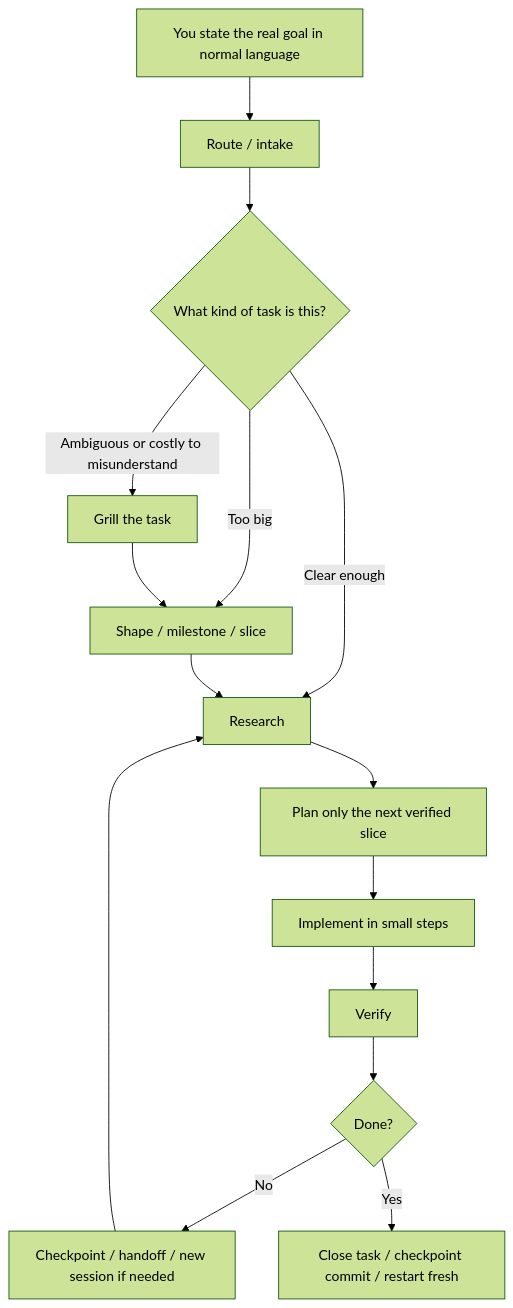
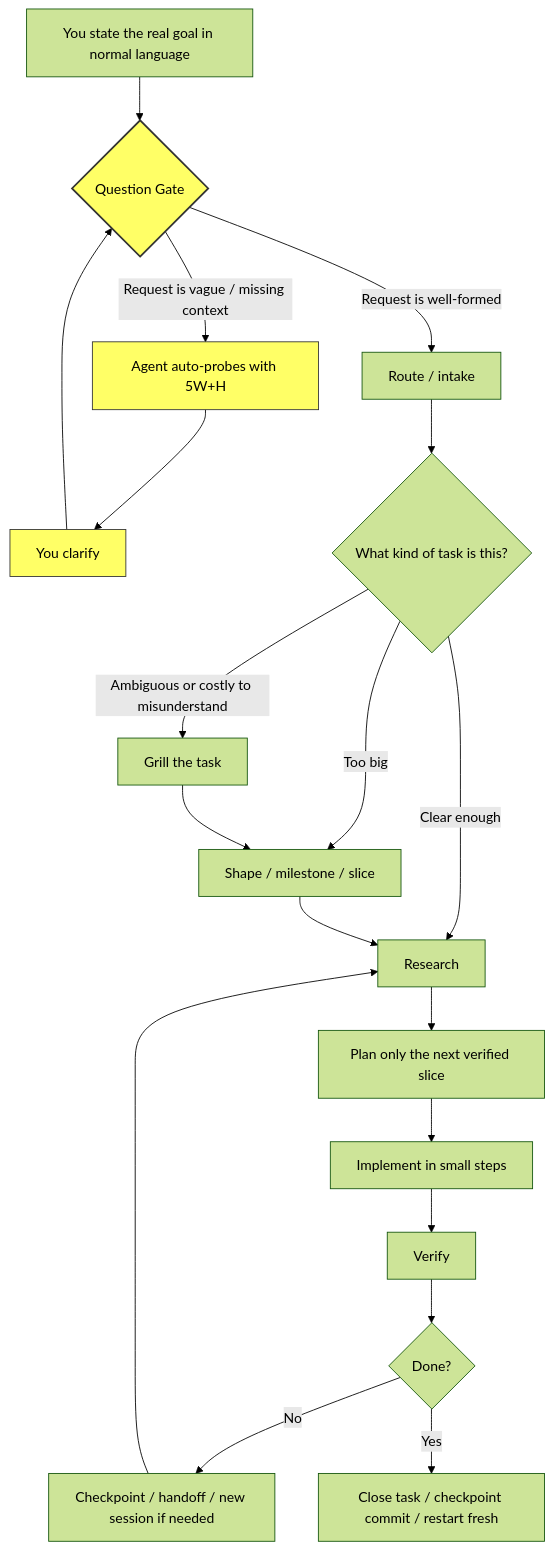
Before and after one commit to B67687/agentic-workflows: the diagram in docs/workflow.md, drawn with Mermaid (forest theme). The commit also changed other lines of this file and 7 other files, not shown here.

````diff
--- a/docs/workflow.md
+++ b/docs/workflow.md
@@ -11,17 +11,25 @@
 ```mermaid
 flowchart TD
-    A["You state the real goal in normal language"] --> B["Route / intake"]
+    A["You state the real goal in normal language"] --> Q{"Question Gate"}
+    Q -->|Request is vague / missing context| Q1["Agent auto-probes with 5W+H"]
+    Q1 --> Q2["You clarify"]
+    Q2 --> Q
+    Q -->|Request is well-formed| B["Route / intake"]
     B --> C{"What kind of task is this?"}
     C -->|Ambiguous or costly to misunderstand| D["Grill the task"]
     C -->|Too big| E["Shape / milestone / slice"]
     C -->|Clear enough| F["Research"]
     D --> E
     E --> F
     F --> G["Plan only the next verified slice"]
     G --> H["Implement in small steps"]
     H --> I["Verify"]
     I --> J{"Done?"}
     J -->|No| K["Checkpoint / handoff / new session if needed"]
     K --> F
     J -->|Yes| L["Close task / checkpoint commit / restart fresh"]
+
+    style Q fill:#ff6,stroke:#333,stroke-width:2px
+    style Q1 fill:#ff6,stroke:#333,stroke-width:1px
+    style Q2 fill:#ff6,stroke:#333,stroke-width:1px
 ```
````
